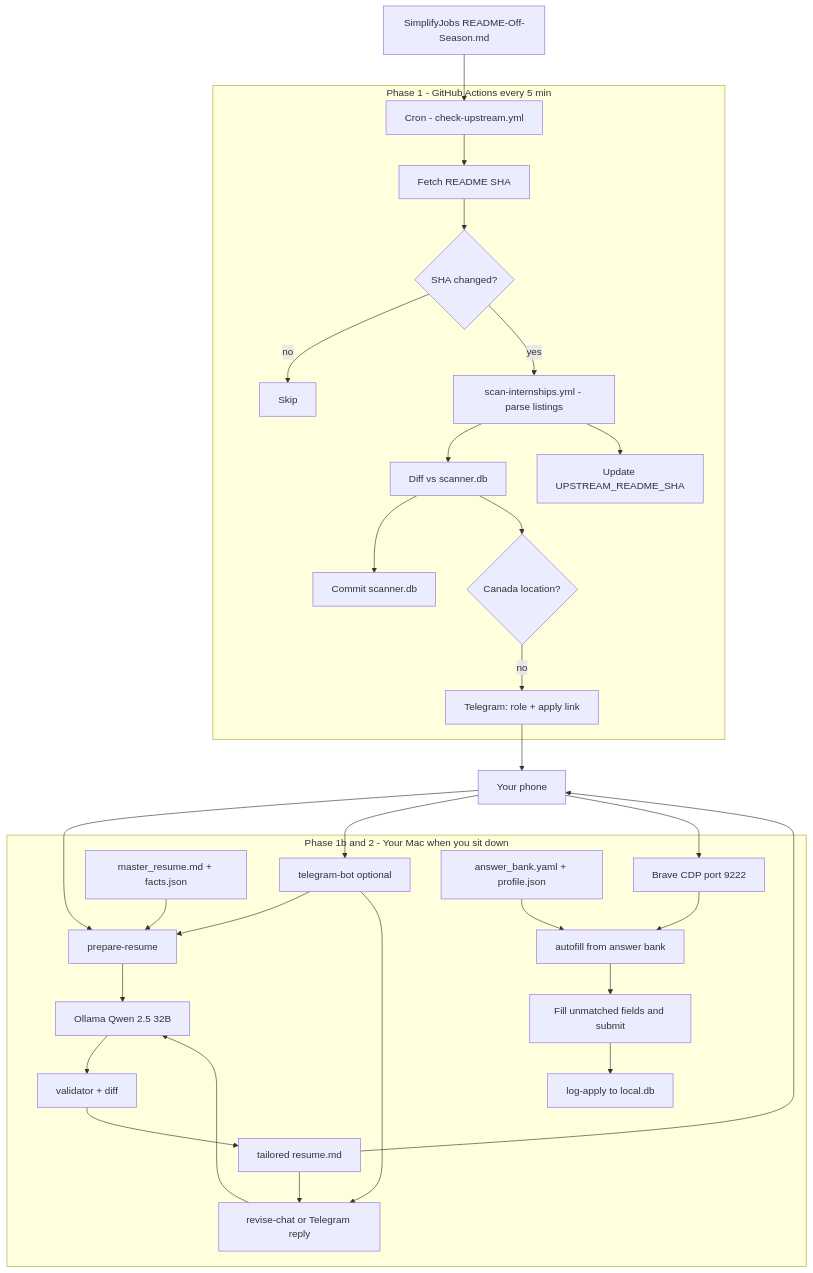
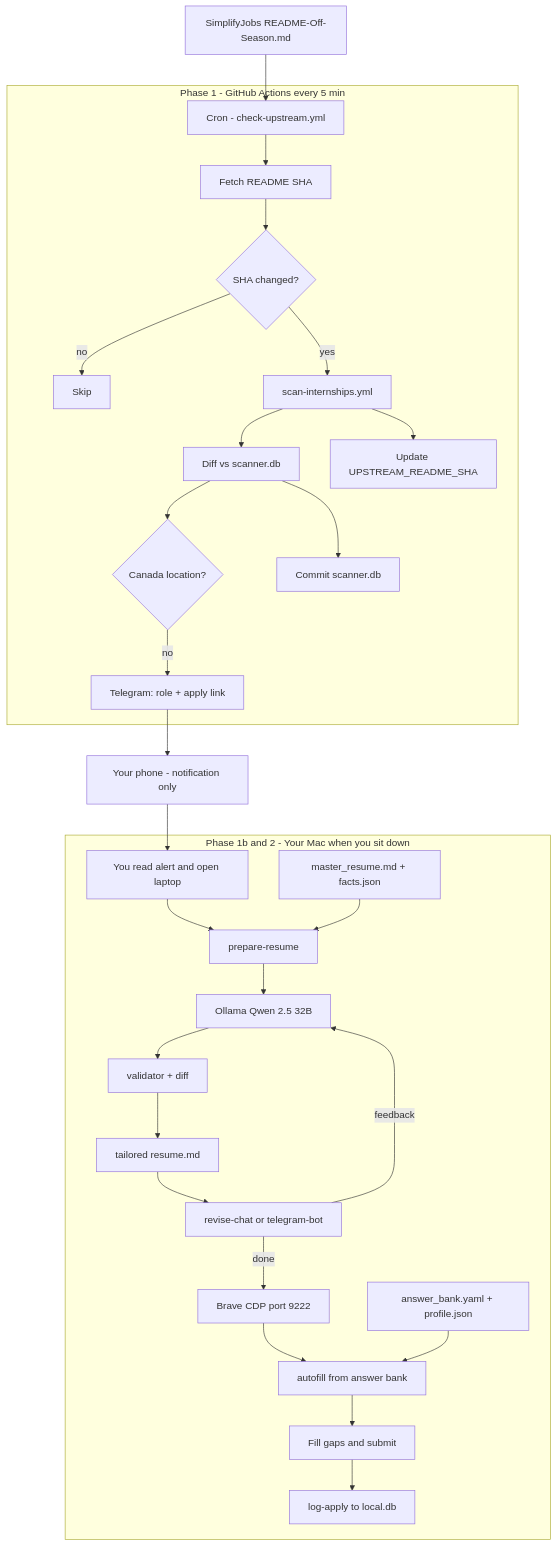
Before and after one commit to AnushSonone/job-apply-assistant: the diagram in README.md, drawn with Mermaid.

Commit message:
Fix README flowchart: phone is alert-only, laptop starts the loop.
Single arrow from phone to sitting down at laptop; Ollama resume and apply steps stay on Mac.

````diff
--- a/README.md
+++ b/README.md
@@ -9,52 +9,49 @@
 ```mermaid
 flowchart TB
     SJ[SimplifyJobs README-Off-Season.md]
 
     subgraph CI[Phase 1 - GitHub Actions every 5 min]
         CRON[Cron - check-upstream.yml]
         SHA[Fetch README SHA]
         CHANGED{SHA changed?}
         SKIP[Skip]
-        SCAN[scan-internships.yml - parse listings]
+        SCAN[scan-internships.yml]
         DIFF[Diff vs scanner.db]
         FILTER{Canada location?}
         ALERT[Telegram: role + apply link]
         COMMIT[Commit scanner.db]
         VAR[Update UPSTREAM_README_SHA]
     end
 
-    subgraph MAC[Phase 1b and 2 - Your Mac when you sit down]
+    PHONE[Your phone - notification only]
+
+    subgraph LAPTOP[Phase 1b and 2 - Your Mac when you sit down]
+        START[You read alert and open laptop]
         PREP[prepare-resume]
-        BOT[telegram-bot optional]
         OLLAMA[Ollama Qwen 2.5 32B]
         MASTER[master_resume.md + facts.json]
         VALID[validator + diff]
         RESUME[tailored resume.md]
-        REVISE[revise-chat or Telegram reply]
+        REVISE[revise-chat or telegram-bot]
         BRAVE[Brave CDP port 9222]
         AUTO[autofill from answer bank]
         BANK[answer_bank.yaml + profile.json]
-        MANUAL[Fill unmatched fields and submit]
+        MANUAL[Fill gaps and submit]
         LOG[log-apply to local.db]
+
+        START --> PREP --> OLLAMA --> VALID --> RESUME --> REVISE
+        REVISE -->|feedback| OLLAMA
+        REVISE -->|done| BRAVE --> AUTO --> MANUAL --> LOG
+        MASTER --> PREP
+        BANK --> AUTO
     end
-
-    PHONE[Your phone]
 
     SJ --> CRON --> SHA --> CHANGED
     CHANGED -->|no| SKIP
     CHANGED -->|yes| SCAN --> DIFF --> COMMIT
     DIFF --> FILTER
     FILTER -->|no| ALERT --> PHONE
     SCAN --> VAR
 
-    PHONE --> PREP
-    PHONE --> BOT
-    BOT --> PREP
-    BOT --> REVISE
-    MASTER --> PREP
-    PREP --> OLLAMA --> VALID --> RESUME
-    RESUME --> REVISE --> OLLAMA
-    RESUME --> PHONE
-    PHONE --> BRAVE --> AUTO --> MANUAL --> LOG
-    BANK --> AUTO
+    PHONE --> START
 ```
````
